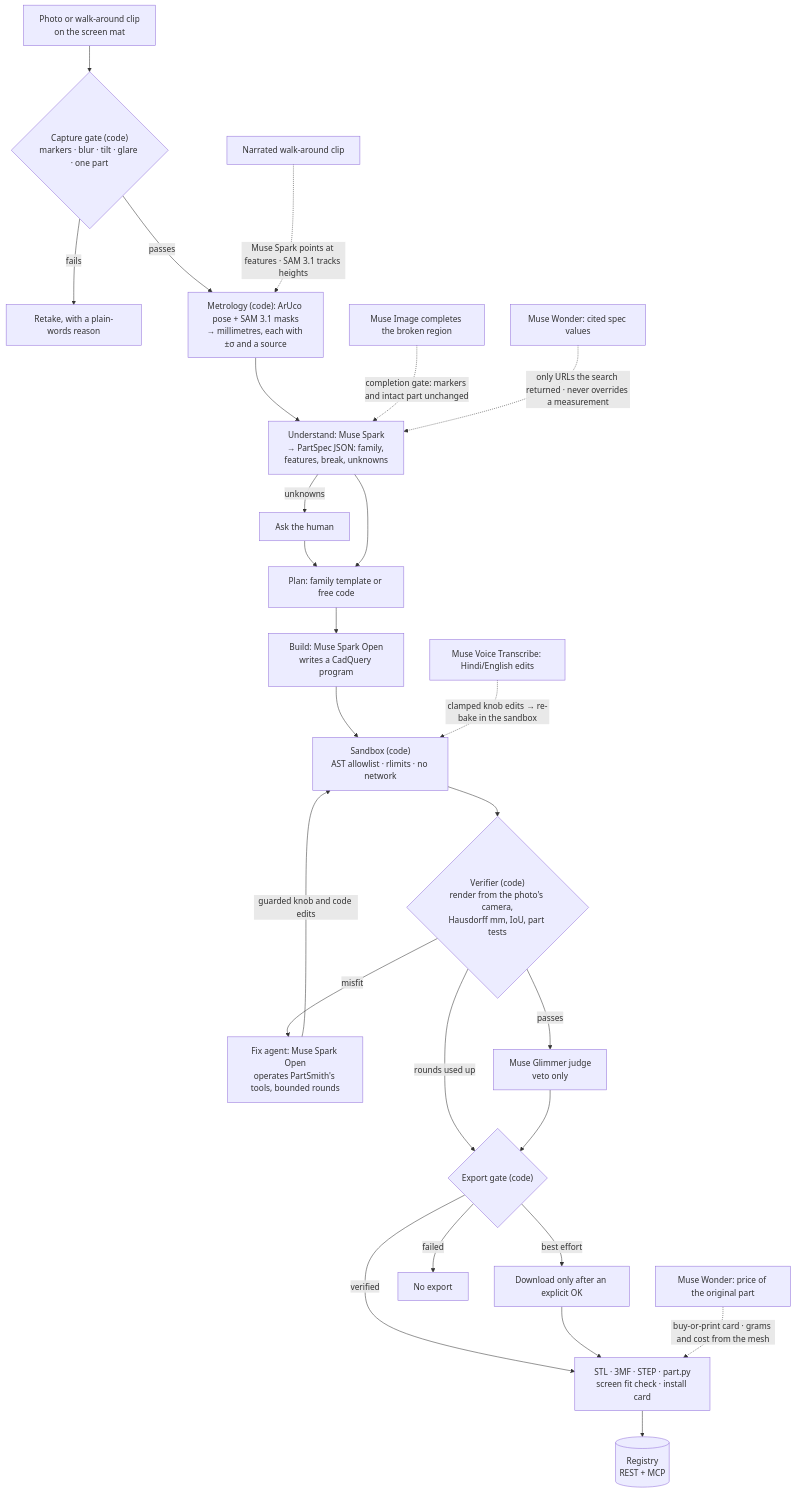
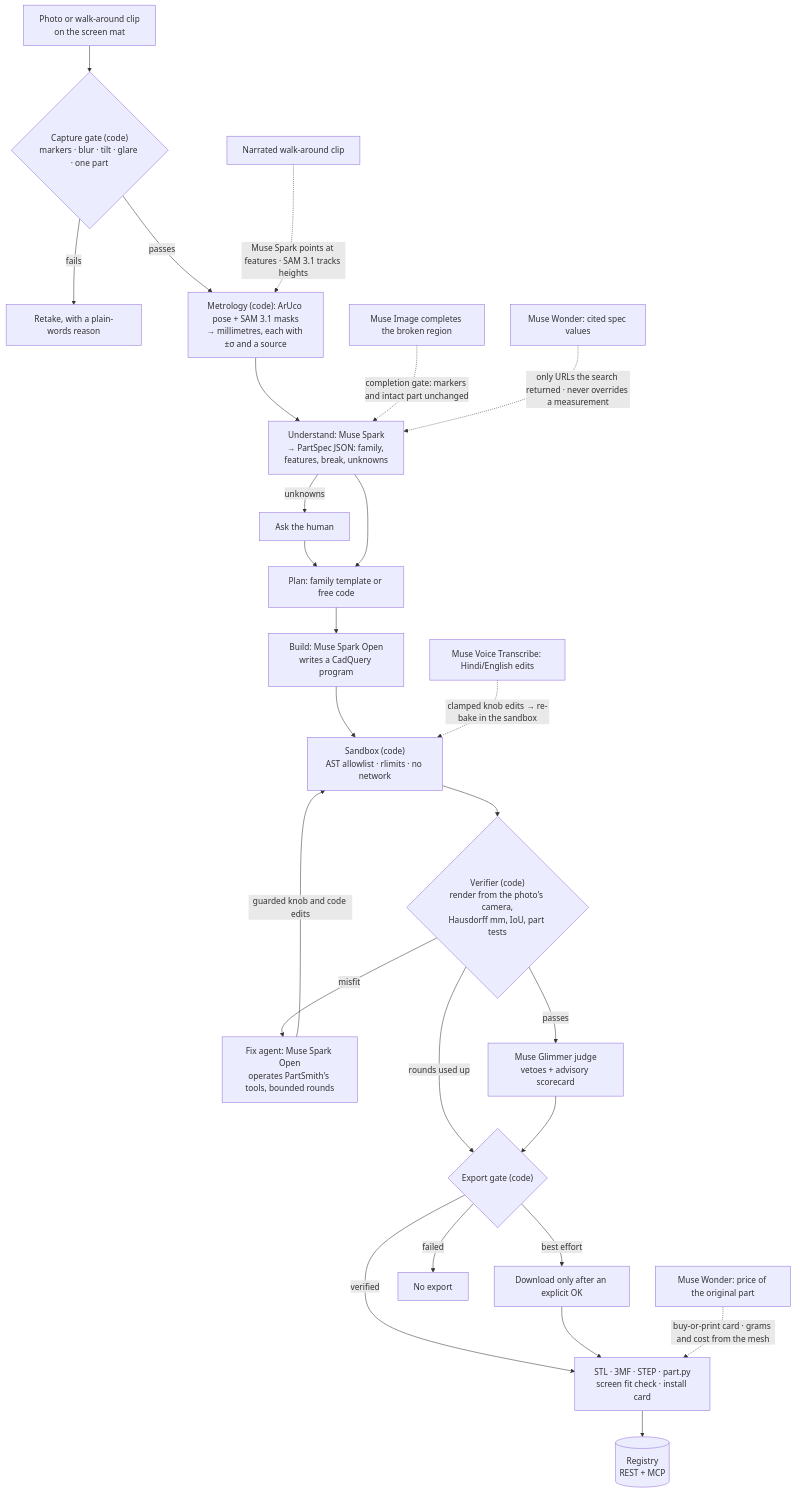
One commit to Prashant-thakur77/partsmith changed the first of 2 diagrams in docs/ARCHITECTURE.md. Above: the diagram before and after it, drawn with Mermaid. The commit also changed other lines of this file and 59 other files, not shown here.

````diff
--- a/docs/ARCHITECTURE.md
+++ b/docs/ARCHITECTURE.md
@@ -13,29 +13,29 @@
 ```mermaid
 flowchart TD
     photo["Photo or walk-around clip<br/>on the screen mat"] --> gate{"Capture gate (code)<br/>markers · blur · tilt · glare · one part"}
     gate -->|"fails"| retake["Retake, with a plain-words reason"]
     gate -->|"passes"| metro["Metrology (code): ArUco pose + SAM 3.1 masks<br/>→ millimetres, each with ±σ and a source"]
     metro --> understand["Understand: Muse Spark<br/>→ PartSpec JSON: family, features, break, unknowns"]
     understand -->|"unknowns"| ask["Ask the human"]
     ask --> plan
     understand --> plan["Plan: family template or free code"]
     plan --> build["Build: Muse Spark Open<br/>writes a CadQuery program"]
     build --> sandbox["Sandbox (code)<br/>AST allowlist · rlimits · no network"]
     sandbox --> verifier{"Verifier (code)<br/>render from the photo's camera,<br/>Hausdorff mm, IoU, part tests"}
     verifier -->|"misfit"| fix["Fix agent: Muse Spark Open<br/>operates PartSmith's tools, bounded rounds"]
     fix -->|"guarded knob and code edits"| sandbox
-    verifier -->|"passes"| judge["Muse Glimmer judge<br/>veto only"]
+    verifier -->|"passes"| judge["Muse Glimmer judge<br/>vetoes + advisory scorecard"]
     verifier -->|"rounds used up"| exportgate
     judge --> exportgate{"Export gate (code)"}
     exportgate -->|"verified"| out["STL · 3MF · STEP · part.py<br/>screen fit check · install card"]
     exportgate -->|"best effort"| ack["Download only after an explicit OK"]
     exportgate -->|"failed"| noexport["No export"]
     ack --> out
     out --> registry[("Registry<br/>REST + MCP")]
 
     clip["Narrated walk-around clip"] -.->|"Muse Spark points at features · SAM 3.1 tracks heights"| metro
     image["Muse Image completes the broken region"] -.->|"completion gate: markers and intact part unchanged"| understand
     wonder["Muse Wonder: cited spec values"] -.->|"only URLs the search returned · never overrides a measurement"| understand
     buy["Muse Wonder: price of the original part"] -.->|"buy-or-print card · grams and cost from the mesh"| out
     voice["Muse Voice Transcribe: Hindi/English edits"] -.->|"clamped knob edits → re-bake in the sandbox"| sandbox
 ```
````
